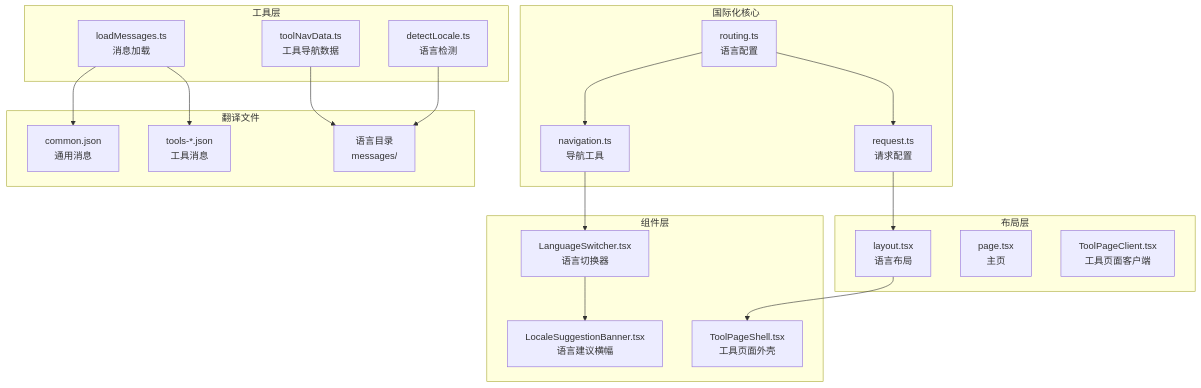
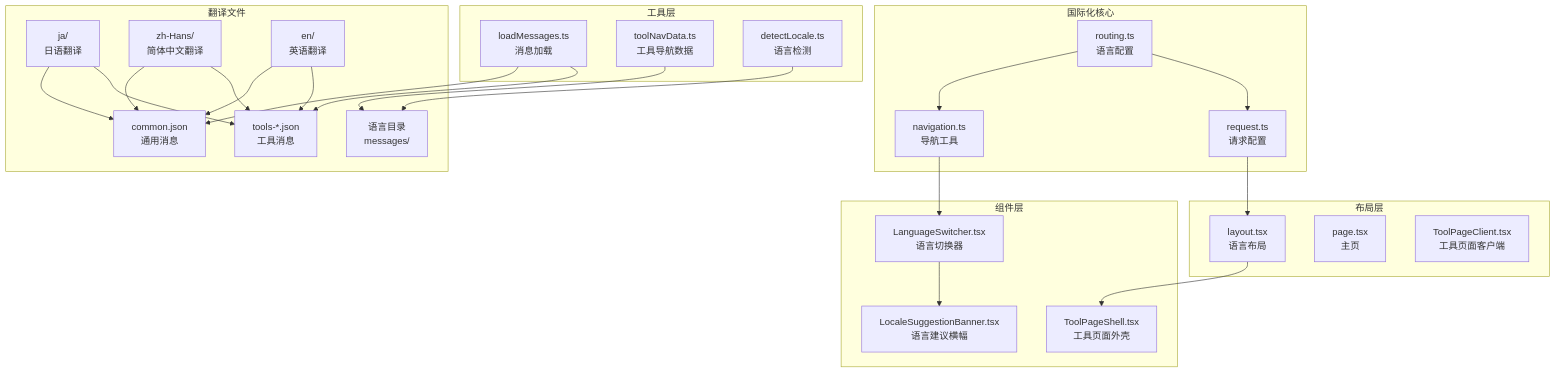
One commit to sgyy/privadeck changed the first of 9 diagrams in .qoder/repowiki/zh/content/技术架构/国际化系统.md. Above: the diagram before and after it, drawn with Mermaid. The commit also changed other lines of this file and 2 other files, not shown here.

````diff
--- a/.qoder/repowiki/zh/content/技术架构/国际化系统.md
+++ b/.qoder/repowiki/zh/content/技术架构/国际化系统.md
@@ -53,38 +66,47 @@
 ```mermaid
 graph TB
 subgraph "国际化核心"
 A[routing.ts<br/>语言配置]
 B[navigation.ts<br/>导航工具]
 C[request.ts<br/>请求配置]
 end
 subgraph "组件层"
 D[LanguageSwitcher.tsx<br/>语言切换器]
 E[LocaleSuggestionBanner.tsx<br/>语言建议横幅]
 F[ToolPageShell.tsx<br/>工具页面外壳]
 end
 subgraph "布局层"
 G[layout.tsx<br/>语言布局]
 H[page.tsx<br/>主页]
 I[ToolPageClient.tsx<br/>工具页面客户端]
 end
 subgraph "工具层"
 J[loadMessages.ts<br/>消息加载]
 K[toolNavData.ts<br/>工具导航数据]
 L[detectLocale.ts<br/>语言检测]
 end
 subgraph "翻译文件"
 M[common.json<br/>通用消息]
 N[tools-*.json<br/>工具消息]
 O[语言目录<br/>messages/]
+P[ja/<br/>日语翻译]
+Q[zh-Hans/<br/>简体中文翻译]
+R[en/<br/>英语翻译]
 end
 A --> B
 A --> C
 B --> D
 C --> G
 D --> E
 G --> F
 J --> M
 J --> N
 K --> O
 L --> O
+P --> M
+P --> N
+Q --> M
+Q --> N
+R --> M
+R --> N
 ```
````
